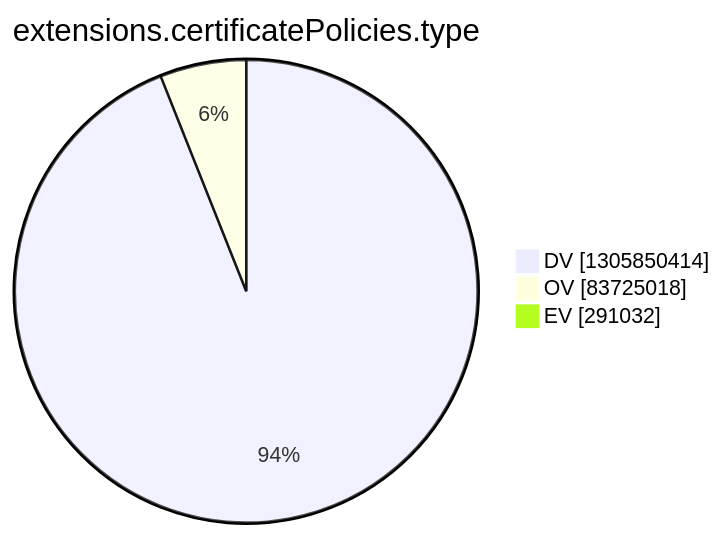
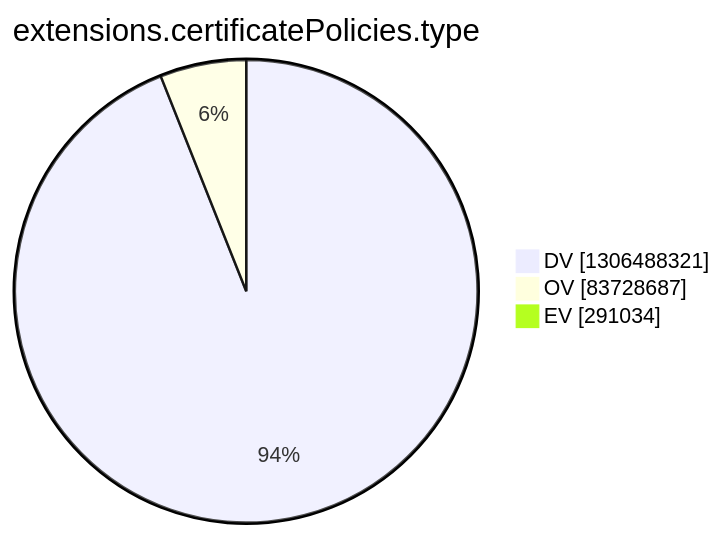
Before and after one commit to christiankrug/ctmonitor_visualization: the tenth of 15 diagrams in argon2022/README.md, drawn with Mermaid. The commit also changed other lines of this file, not shown here.

````diff
--- a/argon2022/README.md
+++ b/argon2022/README.md
@@ -2772,7 +2772,7 @@
 ```mermaid
 pie showData
 title extensions.certificatePolicies.type
-"DV" :1305850414
-"OV" :83725018
-"EV" :291032
+"DV" :1306488321
+"OV" :83728687
+"EV" :291034
 ```
````
